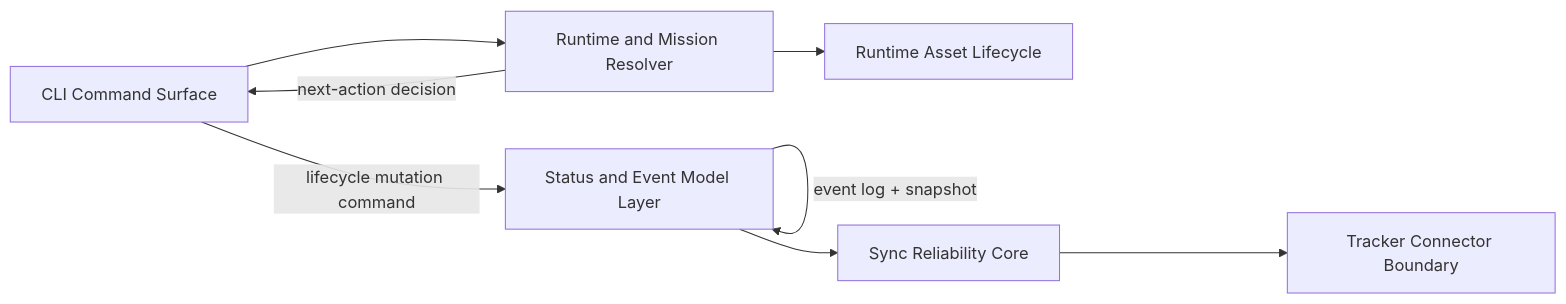
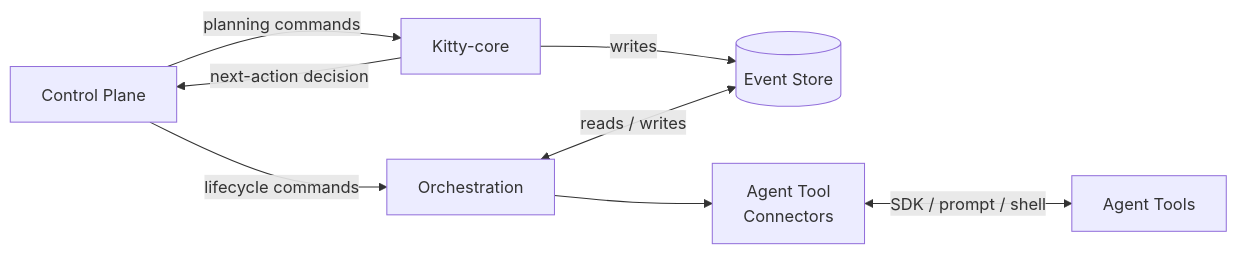
Before and after one commit to stijn-dejongh/spec-kitty: the second of 2 diagrams in architecture/2.x/02_containers/runtime-execution-domain.md, drawn with Mermaid. The commit also changed other lines of this file and 319 other files, not shown here.

First line of the commit message:
feat: doctrine artifact domain models, C4 architecture, and curation pipeline (spec 046)

````diff
--- a/architecture/2.x/02_containers/runtime-execution-domain.md
+++ b/architecture/2.x/02_containers/runtime-execution-domain.md
@@ -74,17 +81,17 @@
 ```mermaid
 flowchart LR
-    cmd[CLI Command Surface]
-    runtime[Runtime and Mission Resolver]
-    assets[Runtime Asset Lifecycle]
-    state[Status and Event Model Layer]
-    sync[Sync Reliability Core]
-    tracker[Tracker Connector Boundary]
+    cp[Control Plane]
+    core[Kitty-core]
+    es[(Event Store)]
+    orch[Orchestration]
+    conn[Agent Tool\nConnectors]
+    agents[Agent Tools]
 
-    cmd --> runtime
-    runtime --> assets
-    runtime -->|next-action decision| cmd
-    cmd -->|lifecycle mutation command| state
-    state -->|event log + snapshot| state
-    state --> sync
-    sync --> tracker
+    cp -->|planning commands| core
+    cp -->|lifecycle commands| orch
+    core -- "writes" --> es
+    orch <-- "reads / writes" --> es
+    core -->|next-action decision| cp
+    orch --> conn
+    conn <-->|SDK / prompt / shell| agents
 ```
````
